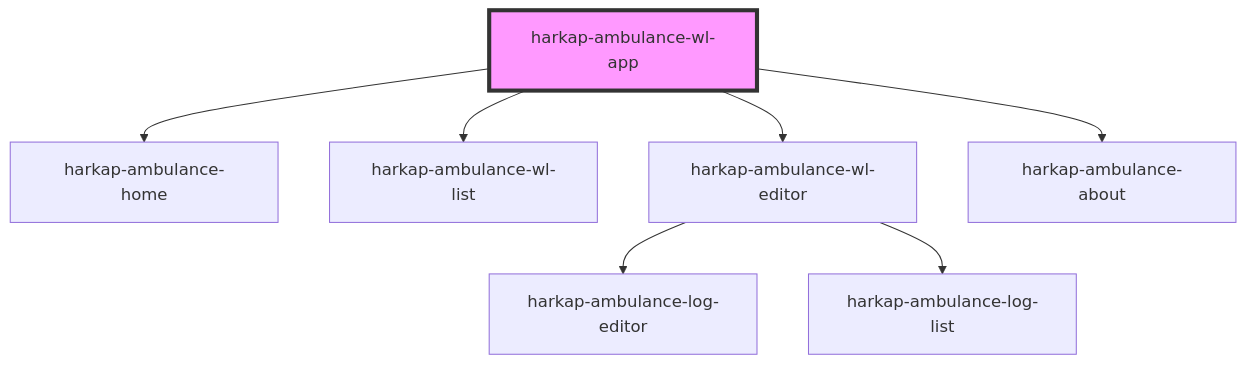
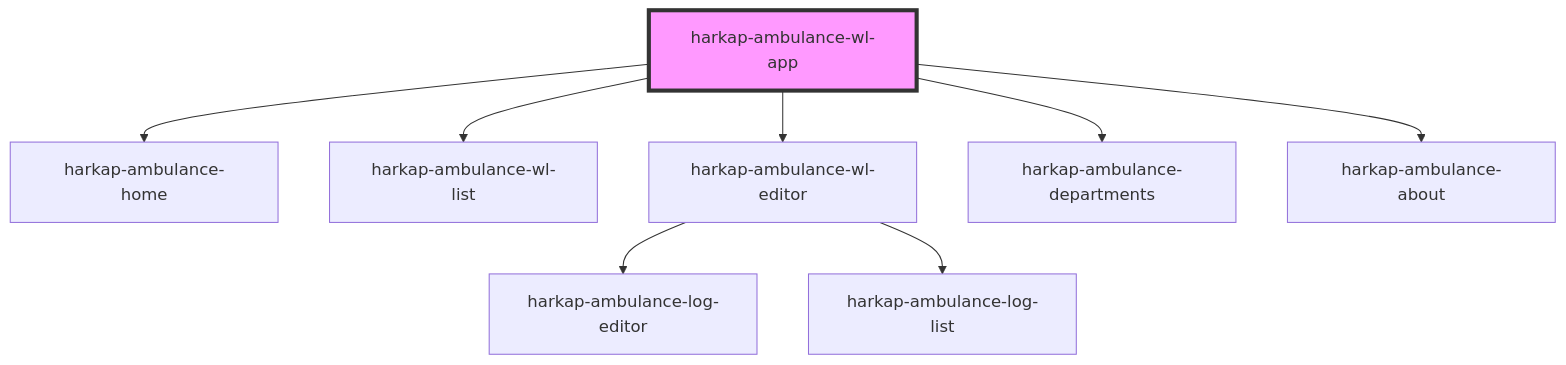
One commit to AkosKappel/wac changed the diagram in wac-ufe/src/components/harkap-ambulance-wl-app/readme.md. Above: the diagram before and after it, drawn with Mermaid. The commit also changed other lines of this file and 29 other files, not shown here.

````diff
--- a/wac-ufe/src/components/harkap-ambulance-wl-app/readme.md
+++ b/wac-ufe/src/components/harkap-ambulance-wl-app/readme.md
@@ -26,10 +27,11 @@
 ```mermaid
 graph TD;
   harkap-ambulance-wl-app --> harkap-ambulance-home
   harkap-ambulance-wl-app --> harkap-ambulance-wl-list
   harkap-ambulance-wl-app --> harkap-ambulance-wl-editor
+  harkap-ambulance-wl-app --> harkap-ambulance-departments
   harkap-ambulance-wl-app --> harkap-ambulance-about
   harkap-ambulance-wl-editor --> harkap-ambulance-log-editor
   harkap-ambulance-wl-editor --> harkap-ambulance-log-list
   style harkap-ambulance-wl-app fill:#f9f,stroke:#333,stroke-width:4px
 ```
````
